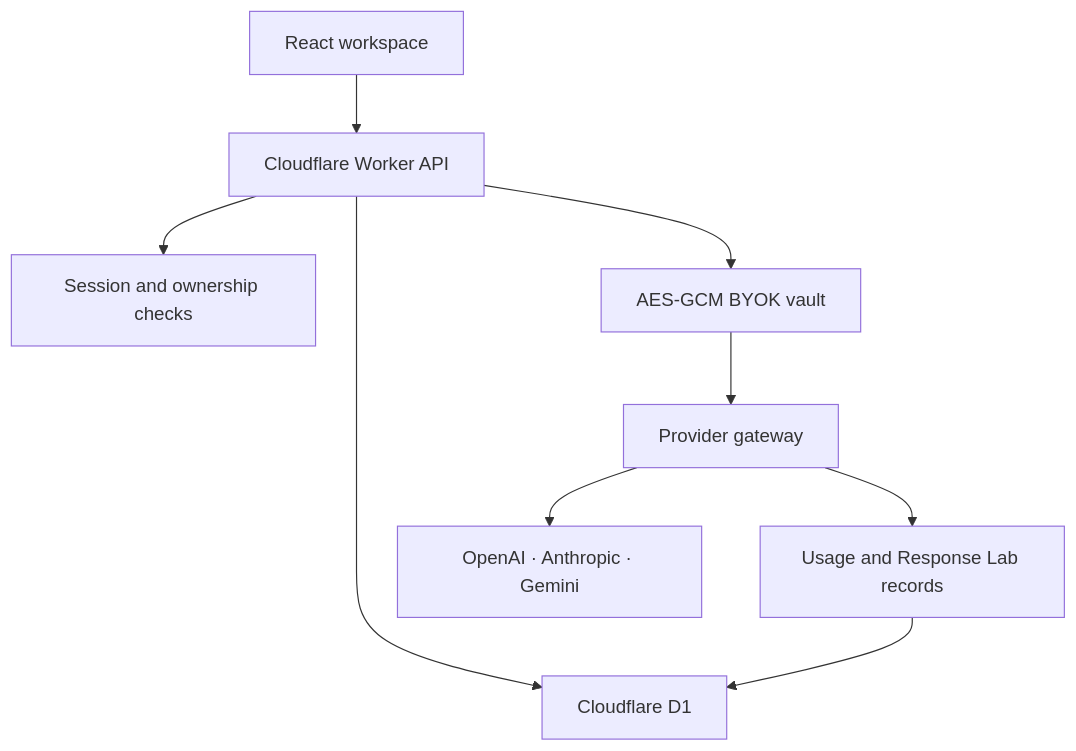
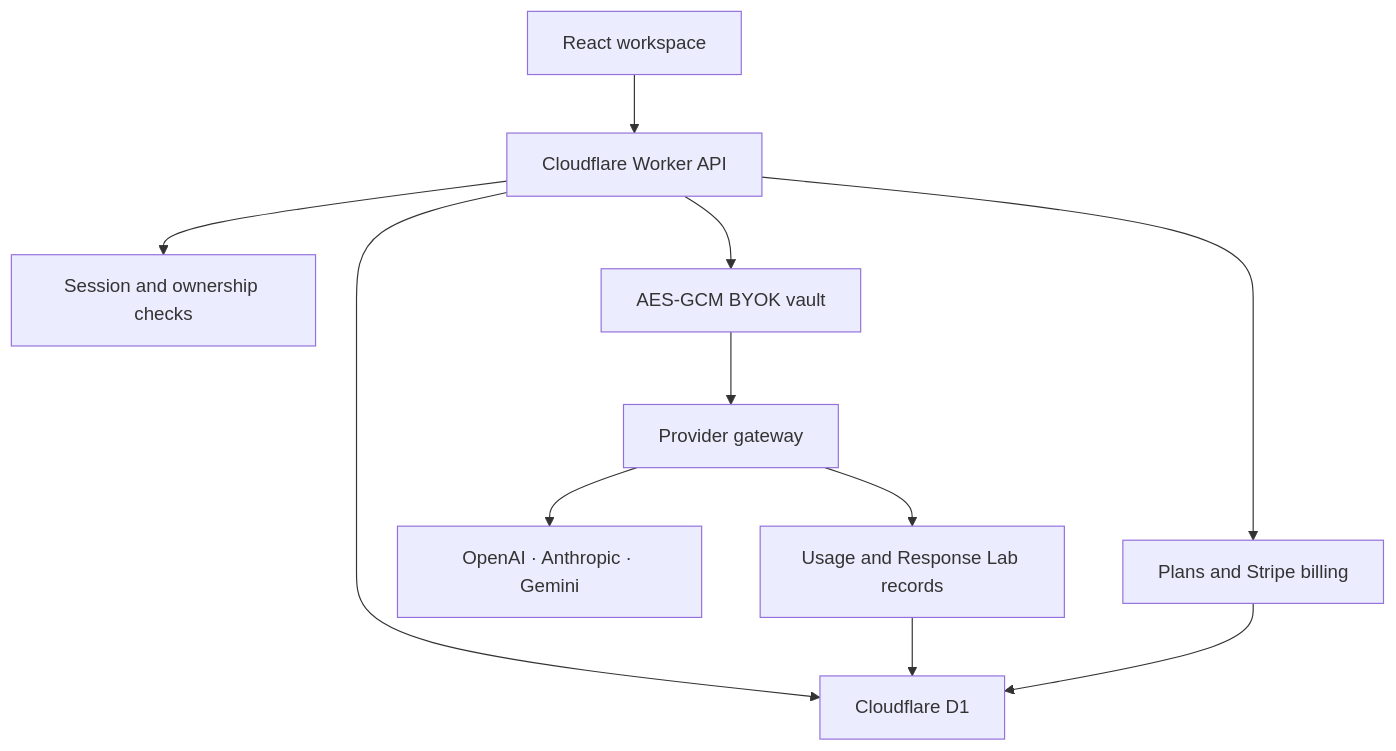
Before and after one commit to veerendrakalyanbabu-VKB/Instruxa: the second of 2 diagrams in README.md, drawn with Mermaid. The commit also changed other lines of this file and 10 other files, not shown here.

````diff
--- a/README.md
+++ b/README.md
@@ -110,11 +126,13 @@
 ```mermaid
 flowchart TD
     UI["React workspace"] --> API["Cloudflare Worker API"]
     API --> AUTH["Session and ownership checks"]
     API --> D1["Cloudflare D1"]
     API --> VAULT["AES-GCM BYOK vault"]
+    API --> BILLING["Plans and Stripe billing"]
     VAULT --> GW["Provider gateway"]
     GW --> MODELS["OpenAI · Anthropic · Gemini"]
     GW --> RUNS["Usage and Response Lab records"]
     RUNS --> D1
+    BILLING --> D1
 ```
````
